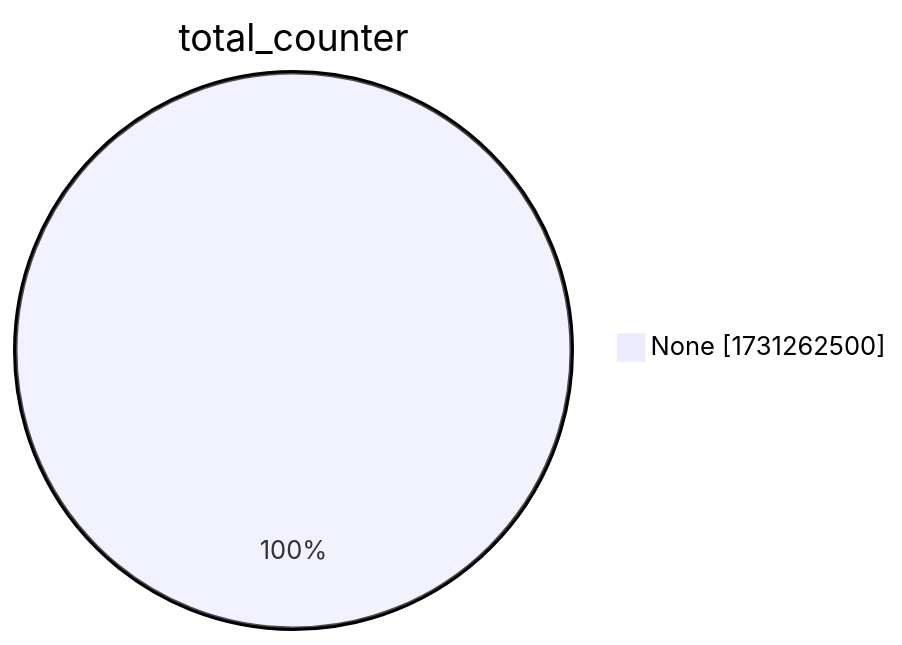
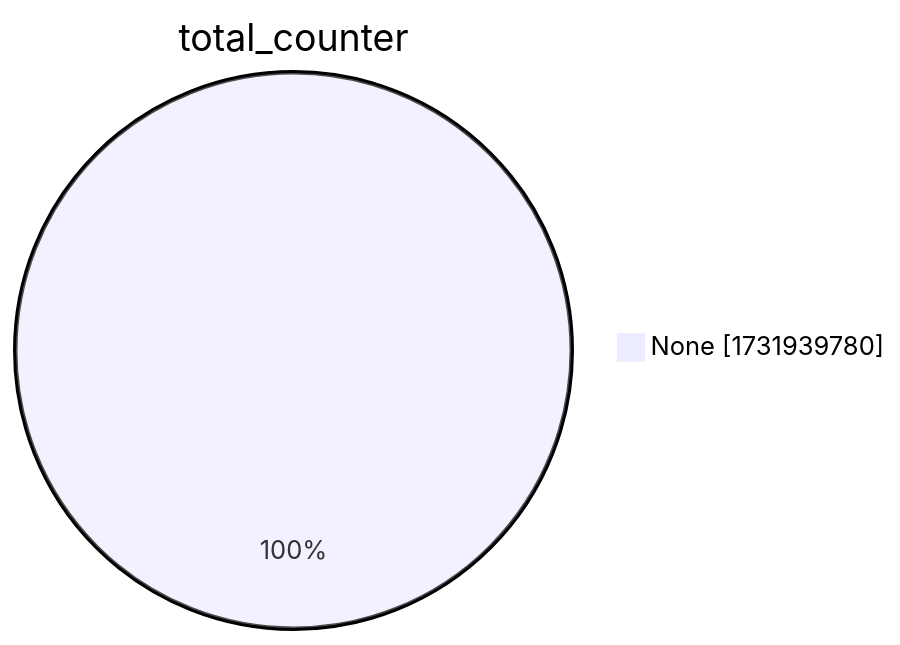
Before and after one commit to christiankrug/ctmonitor_visualization: the second of 15 diagrams in xenon2022/README.md, drawn with Mermaid. The commit also changed other lines of this file, not shown here.

````diff
--- a/xenon2022/README.md
+++ b/xenon2022/README.md
@@ -9,5 +9,5 @@
 ```mermaid
 pie showData
 title total_counter
-"None" :1731262500
+"None" :1731939780
 ```
````
